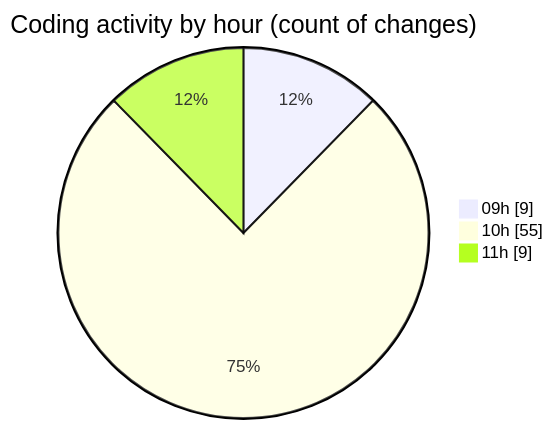
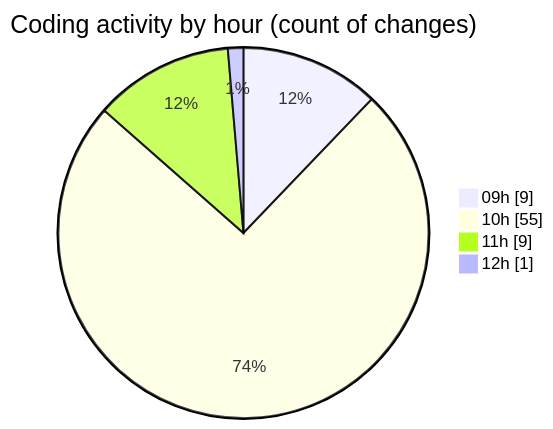
Before and after one commit to robertbonfada/code-tracking: the second of 2 diagrams in 2025-03-04/termonied_testador/README.md, drawn with Mermaid. The commit also changed other lines of this file and 1 other file, not shown here.

````diff
--- a/2025-03-04/termonied_testador/README.md
+++ b/2025-03-04/termonied_testador/README.md
@@ -37,7 +37,8 @@
 ```mermaid
 pie showData
 title Coding activity by hour (count of changes)
 "09h" : 9
 "10h" : 55
 "11h" : 9
+"12h" : 1
 ```
````
